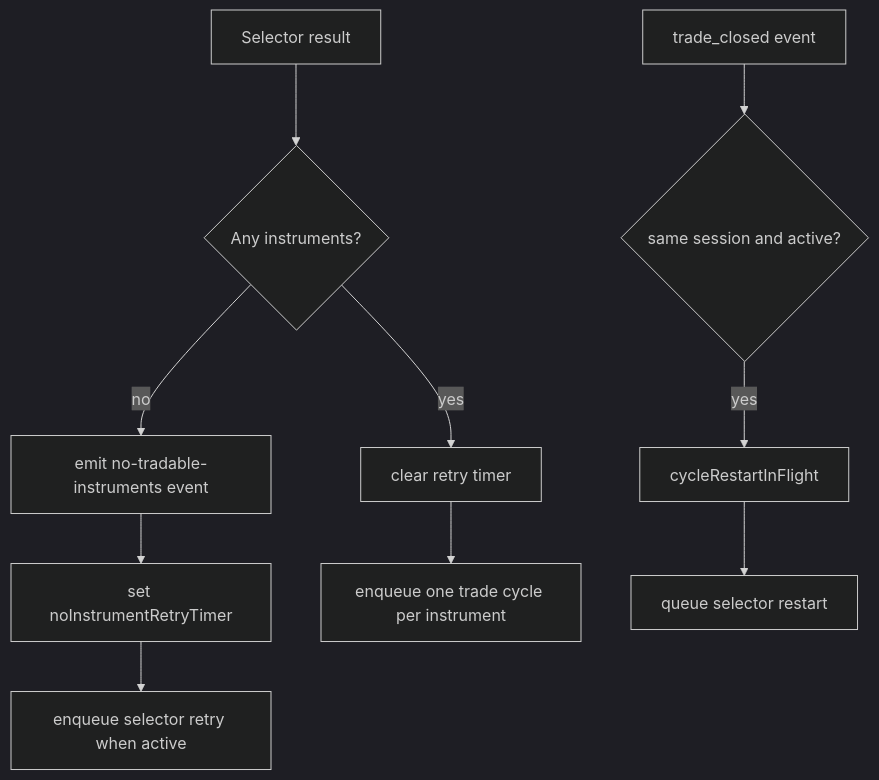
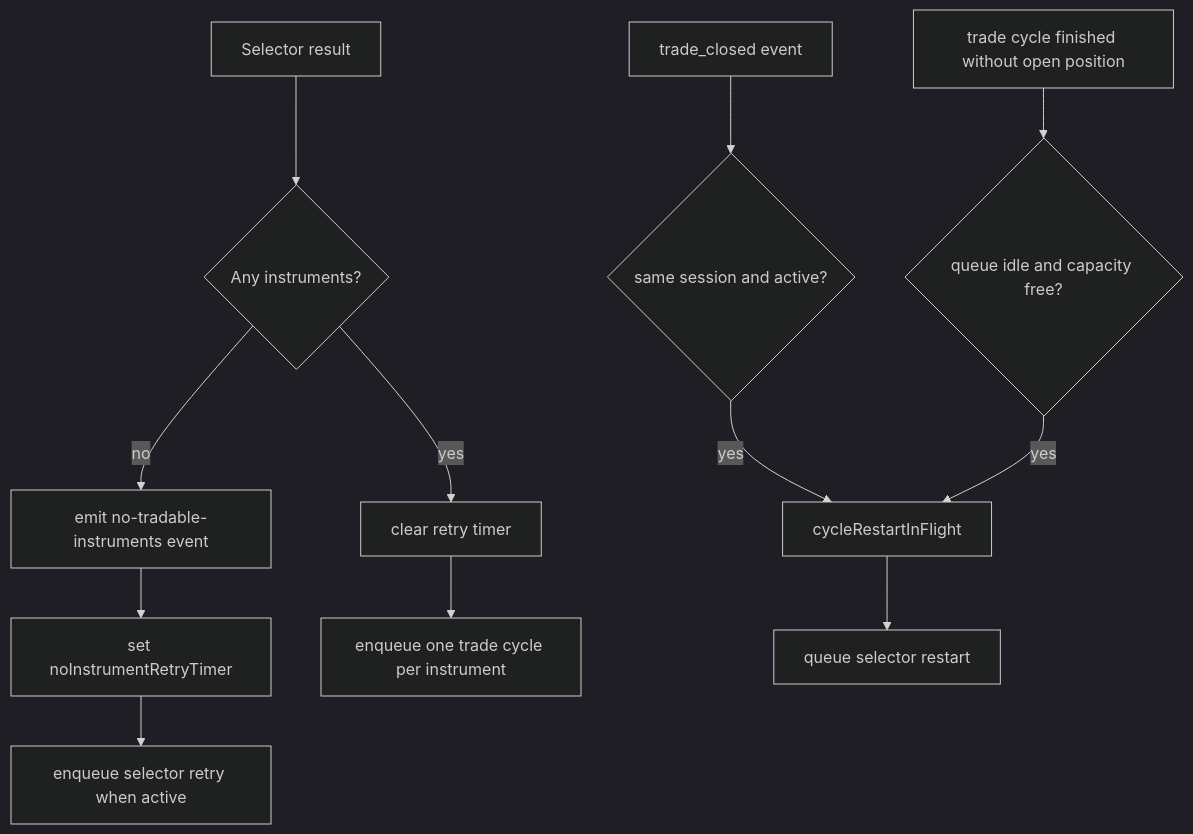
One commit to KennethAtchon/Exva changed the diagram in electron/main/services/orchestration/cycle/scheduling/README.md. Above: the diagram before and after it, drawn with Mermaid (dark theme). The commit also changed other lines of this file and 17 other files, not shown here.

````diff
--- a/electron/main/services/orchestration/cycle/scheduling/README.md
+++ b/electron/main/services/orchestration/cycle/scheduling/README.md
@@ -17,12 +18,14 @@
 ```mermaid
 flowchart TD
     Selector[Selector result] --> HasInstruments{Any instruments?}
     HasInstruments -->|no| EventNo[emit no-tradable-instruments event]
     EventNo --> Timer[set noInstrumentRetryTimer]
     Timer --> Retry[enqueue selector retry when active]
     HasInstruments -->|yes| Clear[clear retry timer]
     Clear --> Enqueue[enqueue one trade cycle per instrument]
     TradeClosed[trade_closed event] --> SameSession{same session and active?}
     SameSession -->|yes| RestartFlag[cycleRestartInFlight]
     RestartFlag --> SelectorRestart[queue selector restart]
+    NoTradeDone[trade cycle finished without open position] --> QueueIdle{queue idle and capacity free?}
+    QueueIdle -->|yes| RestartFlag
 ```
````
